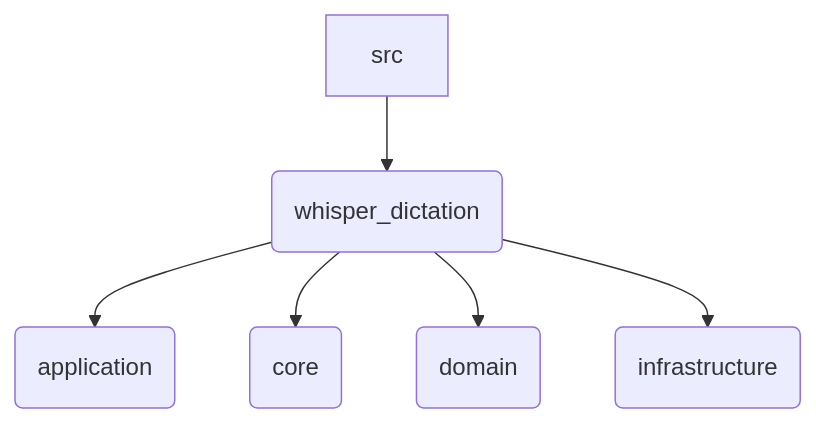
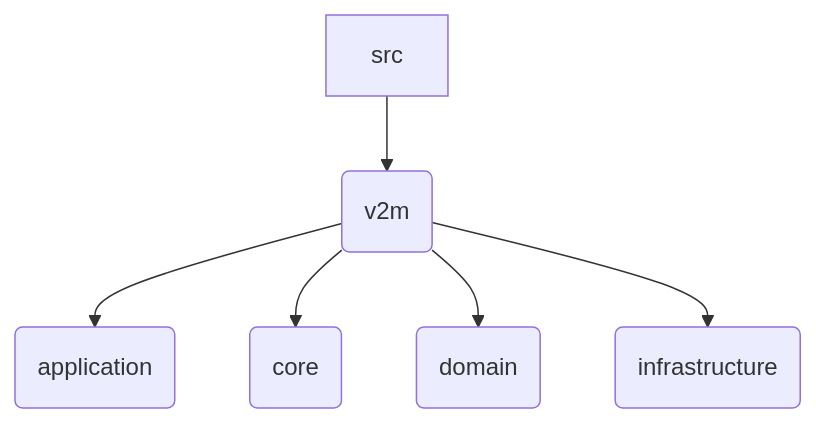
Before and after one commit to zarvent/voice2machine: the diagram in src/README.md, drawn with Mermaid. The commit also changed other lines of this file and 9 other files, not shown here.

````diff
--- a/src/README.md
+++ b/src/README.md
@@ -15,8 +15,8 @@
 ```mermaid
 graph TD
-    A[src] --> B(whisper_dictation)
+    A[src] --> B(v2m)
     B --> C(application)
     B --> D(core)
     B --> E(domain)
     B --> F(infrastructure)
 ```
````
